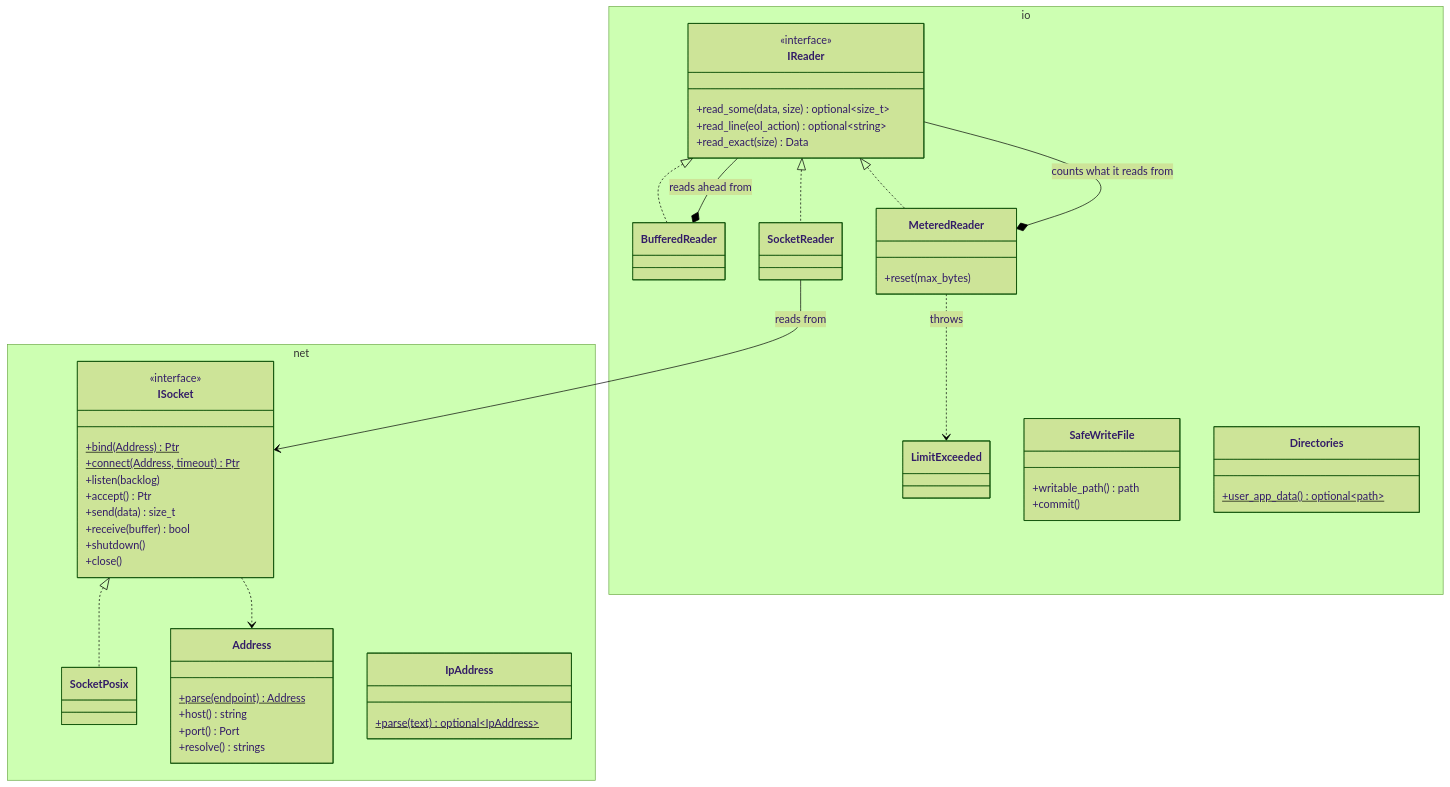
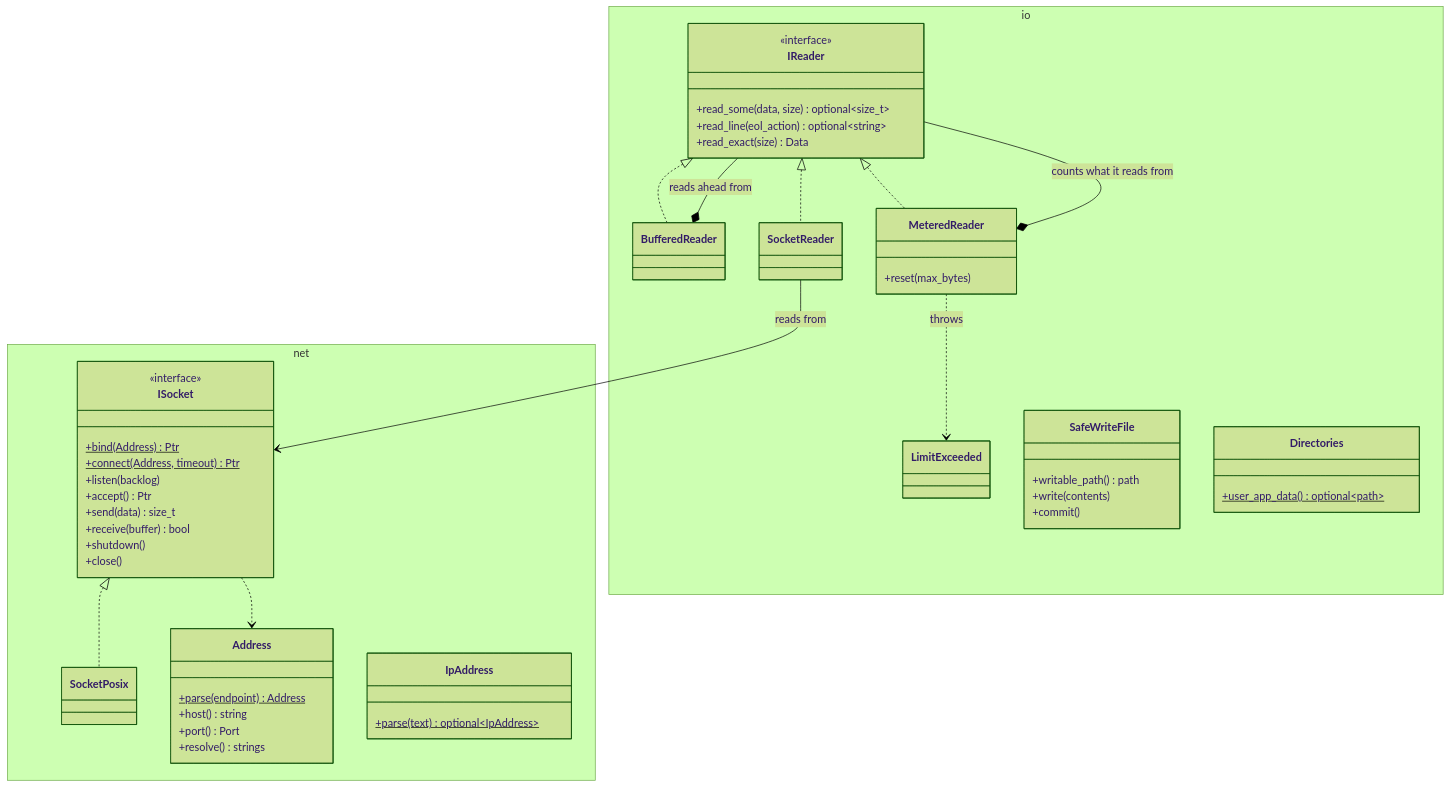
Diagram 13 of 17 in cpp/docs/Overview.md (marcpage/libranet), drawn with Mermaid (forest theme) before and after one commit. The commit also changed other lines of this file and 22 other files, not shown here.

````diff
--- a/cpp/docs/Overview.md
+++ b/cpp/docs/Overview.md
@@ -1003,58 +1006,59 @@
 ```mermaid
 classDiagram
     direction TB
     namespace net {
         class ISocket {
             <<interface>>
             +bind(Address)$ Ptr
             +connect(Address, timeout)$ Ptr
             +listen(backlog)
             +accept() Ptr
             +send(data) size_t
             +receive(buffer) bool
             +shutdown()
             +close()
         }
         class SocketPosix
         class Address {
             +parse(endpoint)$ Address
             +host() string
             +port() Port
             +resolve() strings
         }
         class IpAddress {
             +parse(text)$ optional~IpAddress~
         }
     }
     namespace io {
         class IReader {
             <<interface>>
             +read_some(data, size) optional~size_t~
             +read_line(eol_action) optional~string~
             +read_exact(size) Data
         }
         class BufferedReader
         class MeteredReader {
             +reset(max_bytes)
         }
         class SocketReader
         class LimitExceeded
         class SafeWriteFile {
             +writable_path() path
+            +write(contents)
             +commit()
         }
         class Directories {
             +user_app_data()$ optional~path~
         }
     }
 
     ISocket <|.. SocketPosix
     ISocket ..> Address
     IReader <|.. BufferedReader
     IReader <|.. MeteredReader
     IReader <|.. SocketReader
     BufferedReader *-- IReader : reads ahead from
     MeteredReader *-- IReader : counts what it reads from
     MeteredReader ..> LimitExceeded : throws
     SocketReader --> ISocket : reads from
 ```
````
